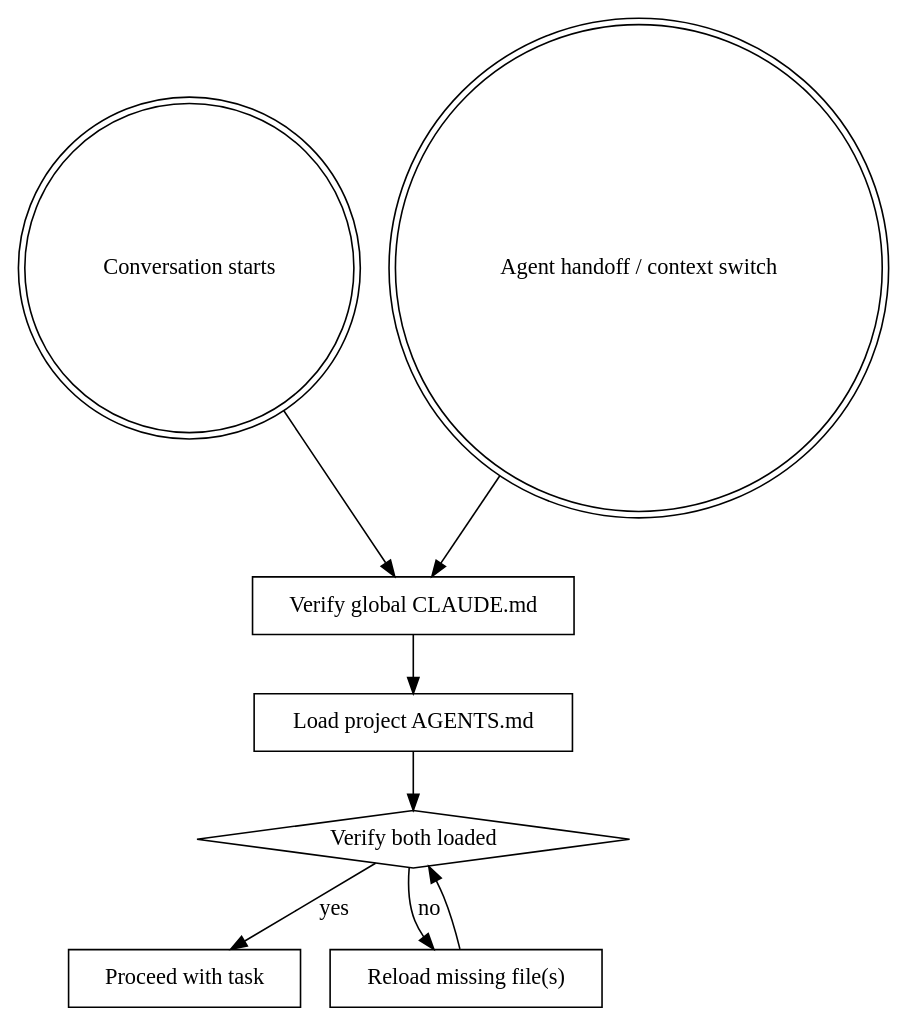
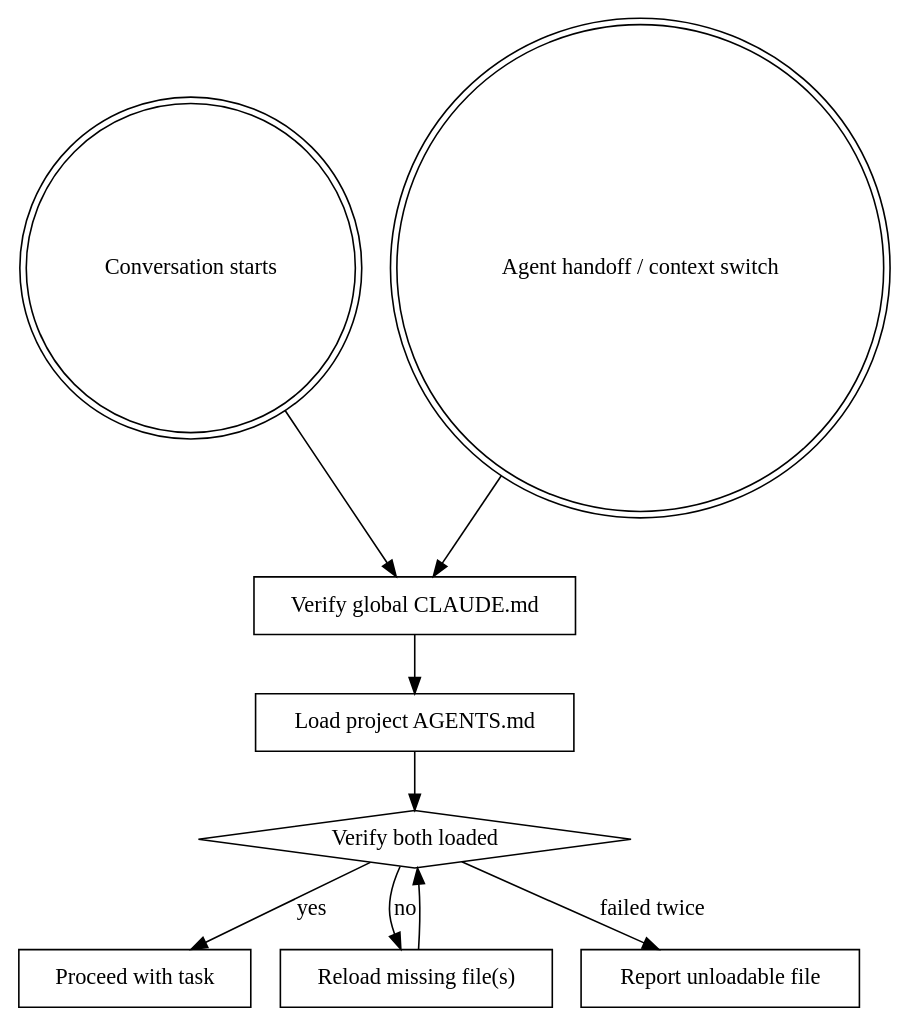
Before and after one commit to NecturaLabs/AgentSkills: the diagram in skills/agent-context-loader/SKILL.md, drawn with Graphviz. The commit also changed other lines of this file, not shown here.

````diff
--- a/skills/agent-context-loader/SKILL.md
+++ b/skills/agent-context-loader/SKILL.md
@@ -13,19 +13,21 @@
 ```dot
 digraph loader {
     "Conversation starts" [shape=doublecircle];
     "Agent handoff / context switch" [shape=doublecircle];
     "Verify global CLAUDE.md" [shape=box];
     "Load project AGENTS.md" [shape=box];
     "Verify both loaded" [shape=diamond];
     "Proceed with task" [shape=box];
     "Reload missing file(s)" [shape=box];
+    "Report unloadable file" [shape=box];
 
     "Conversation starts" -> "Verify global CLAUDE.md";
     "Agent handoff / context switch" -> "Verify global CLAUDE.md";
     "Verify global CLAUDE.md" -> "Load project AGENTS.md";
     "Load project AGENTS.md" -> "Verify both loaded";
     "Verify both loaded" -> "Proceed with task" [label="yes"];
     "Verify both loaded" -> "Reload missing file(s)" [label="no"];
+    "Verify both loaded" -> "Report unloadable file" [label="failed twice"];
     "Reload missing file(s)" -> "Verify both loaded";
 }
 ```
````
